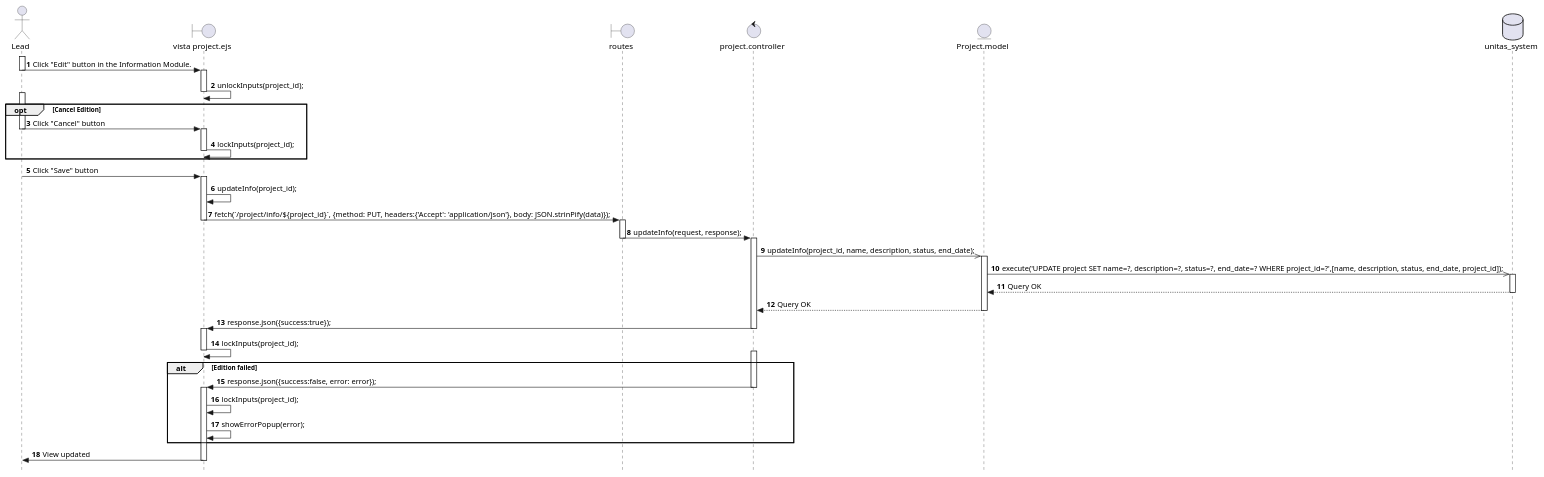
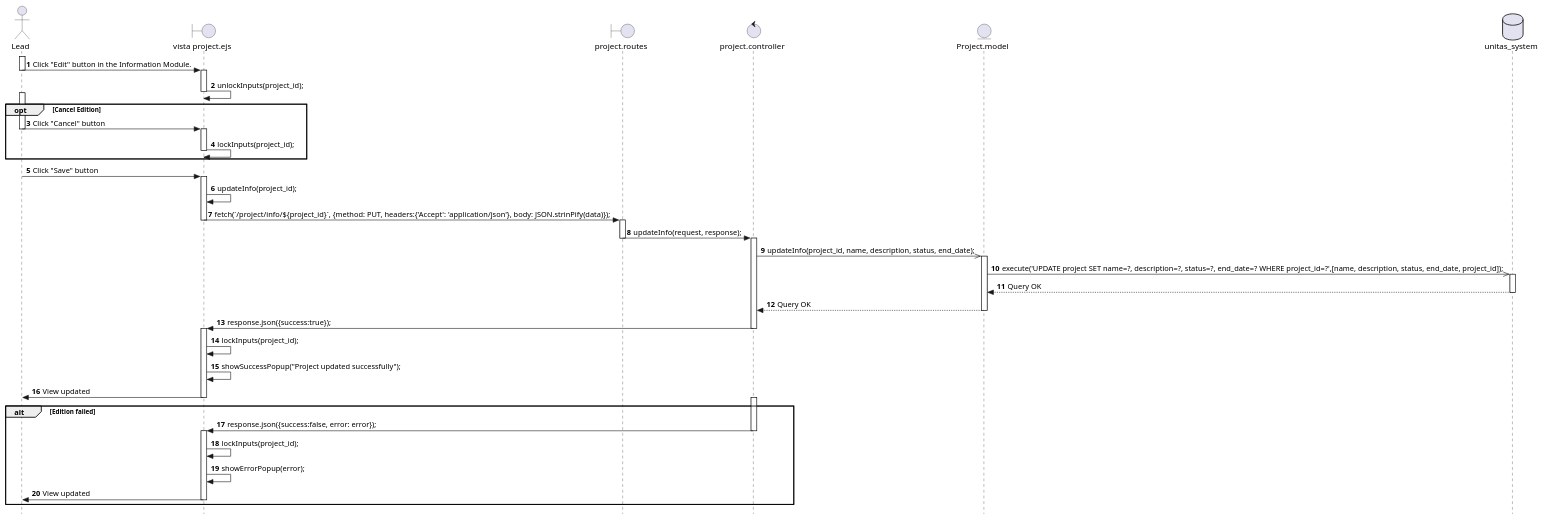
One commit to Berthou05/LimboSoftwareDevelopment_Change.org changed the diagram in documentation/sequence_diagrams/PROJ-02-SD.puml. Above: the diagram before and after it, drawn with PlantUML. The commit also changed 3 other files, not shown here.

Commit message:
[DOCS]: Corrections of PROJ-02, 10, 11, 13. Sequence Diagram. Validated by Camila.

```diff
--- a/documentation/sequence_diagrams/PROJ-02-SD.puml
+++ b/documentation/sequence_diagrams/PROJ-02-SD.puml
@@ -1,69 +1,72 @@
 @startuml
 skinparam style strictuml
 
 actor Lead as L   
 boundary "vista project.ejs" as V
-boundary "routes" as RO
+boundary "project.routes" as RO
 control "project.controller" as C
 entity "Project.model" as P
 database "unitas_system" as BD
 autonumber
 
 activate L
 
 L -> V:Click "Edit" button in the Information Module.
 deactivate L
     activate V
     V -> V: unlockInputs(project_id);
     deactivate V
 
 
 opt Cancel Edition
 activate L
 L -> V: Click "Cancel" button
 deactivate L
     activate V
     V -> V: lockInputs(project_id);
     deactivate V
 end
 
 activate L
 L -> V: Click "Save" button
 deactivate L
     activate V
     V -> V: updateInfo(project_id);
     V -> RO: fetch(`/project/info/${project_id}`, {method: PUT, headers:{'Accept': 'application/json'}, body: JSON.strinPify(data)});
     deactivate V
         activate RO
             RO -> C: updateInfo(request, response);
         deactivate RO
             activate C
             C ->> P: updateInfo(project_id, name, description, status, end_date);
                 activate P
                 P->>BD: execute('UPDATE project SET name=?, description=?, status=?, end_date=? WHERE project_id=?',[name, description, status, end_date, project_id]);
                     activate BD
                     BD-->P: Query OK
                     deactivate BD
                 P-->C: Query OK
                 deactivate P
             C->V: response.json({success:true});
             deactivate C
     activate V
     V->V: lockInputs(project_id);
+    V->V: showSuccessPopup("Project updated successfully");
+    V->L: View updated
     deactivate V
 
     alt Edition failed
             activate C
                 C->V: response.json({success:false, error: error});        
             deactivate C
     activate V
     V->V: lockInputs(project_id);
     V->V: showErrorPopup(error);
+    V->L: View updated
+    deactivate V
     end
     
-    V->L: View updated
-    deactivate V
+
 
 
 
 @enduml
```
